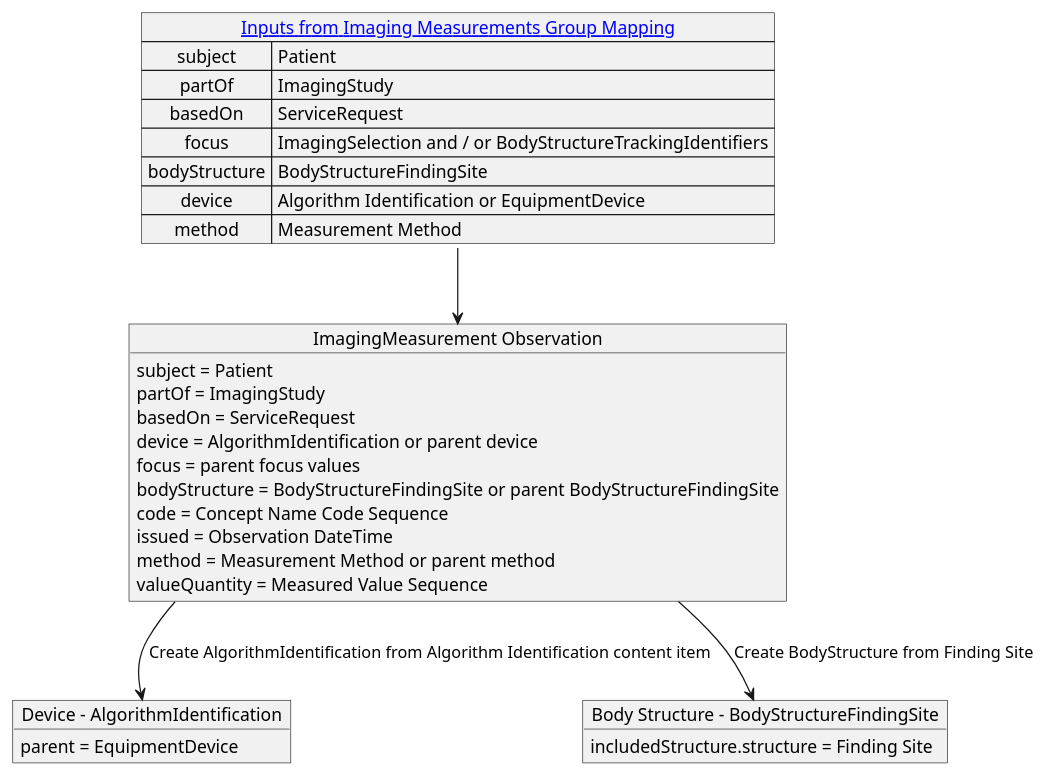
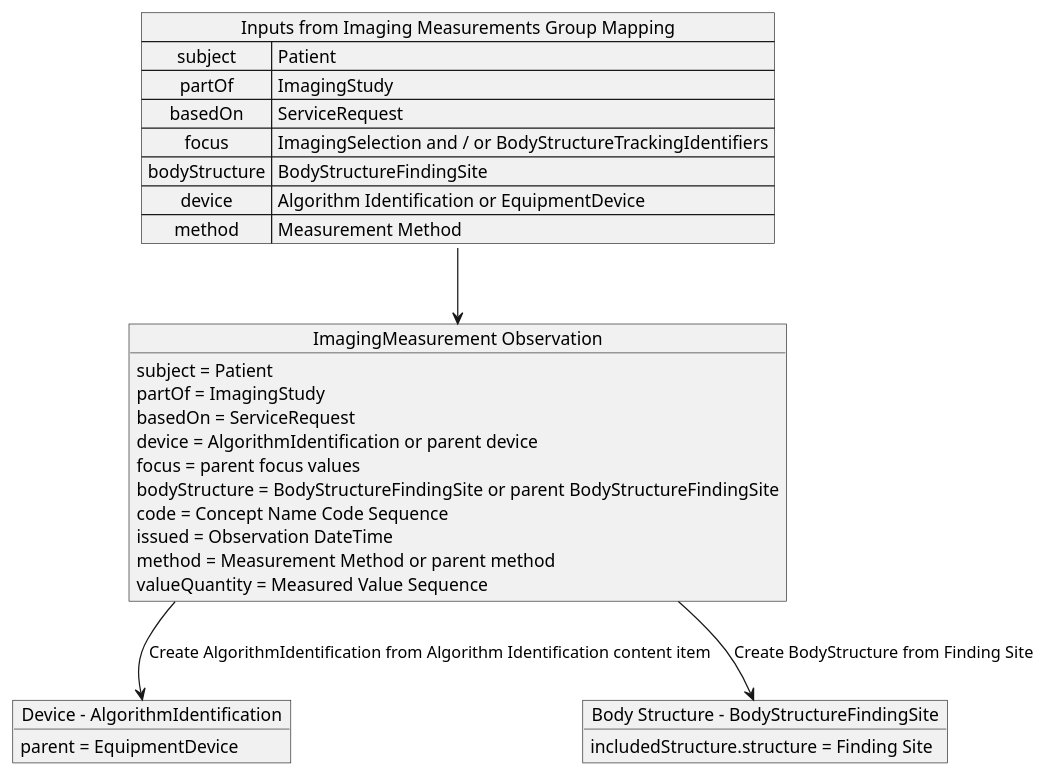
Before and after one commit to HL7/dicom-sr: the diagram in input/images-source/4_6_imaging_measurement_mapping.plantuml, drawn with PlantUML. The commit also changed 23 other files, not shown here.

```diff
--- a/input/images-source/4_6_imaging_measurement_mapping.plantuml
+++ b/input/images-source/4_6_imaging_measurement_mapping.plantuml
@@ -1,40 +1,40 @@
 @startuml imaging_measurement_mapping
 
-map "[[mapping.html#imaging-measurement-group-mapping Inputs from Imaging Measurements Group Mapping]]" as inputs {
+map "Inputs from Imaging Measurements Group Mapping" as inputs {
    subject => Patient
    partOf => ImagingStudy
    basedOn => ServiceRequest
    focus => ImagingSelection and / or BodyStructureTrackingIdentifiers
    bodyStructure => BodyStructureFindingSite
    device => Algorithm Identification or EquipmentDevice
    method => Measurement Method
 }
 
 object "Device - AlgorithmIdentification" as AlgorithmIdentification {
     parent = EquipmentDevice
 }
 
 object "Body Structure - BodyStructureFindingSite" as BodyStructureFindingSite {
     includedStructure.structure = Finding Site
 }
 
 object "ImagingMeasurement Observation" as imagingMeasurement {
     subject = Patient
     partOf = ImagingStudy
     basedOn = ServiceRequest
     device = AlgorithmIdentification or parent device
     focus = parent focus values
     bodyStructure = BodyStructureFindingSite or parent BodyStructureFindingSite
     code = Concept Name Code Sequence
     issued = Observation DateTime
     method = Measurement Method or parent method
     valueQuantity = Measured Value Sequence
 }
 
 imagingMeasurement --> AlgorithmIdentification: Create AlgorithmIdentification from Algorithm Identification content item
 imagingMeasurement --> BodyStructureFindingSite: Create BodyStructure from Finding Site
 
 inputs --> imagingMeasurement
 
 
 @enduml
```
